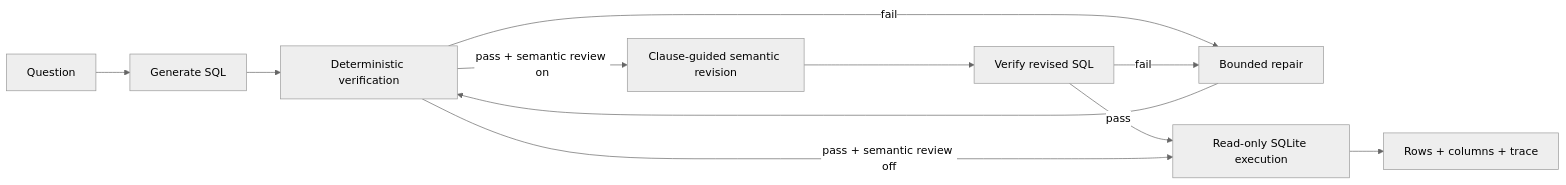
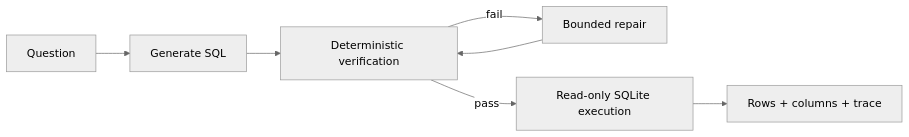
The diagram in README.md (kolihhan/semantic-text2sql-agent), drawn with Mermaid (neutral theme) before and after one commit. The commit also changed other lines of this file, not shown here.

````diff
--- a/README.md
+++ b/README.md
@@ -180,13 +153,9 @@
 ```mermaid
 flowchart LR
     Q[Question] --> G[Generate SQL]
     G --> V[Deterministic verification]
     V -->|fail| R[Bounded repair]
     R --> V
-    V -->|pass + semantic review on| S[Clause-guided semantic revision]
-    S --> V2[Verify revised SQL]
-    V2 -->|pass| E[Read-only SQLite execution]
-    V2 -->|fail| R
-    V -->|pass + semantic review off| E
+    V -->|pass| E[Read-only SQLite execution]
     E --> O[Rows + columns + trace]
 ```
````
